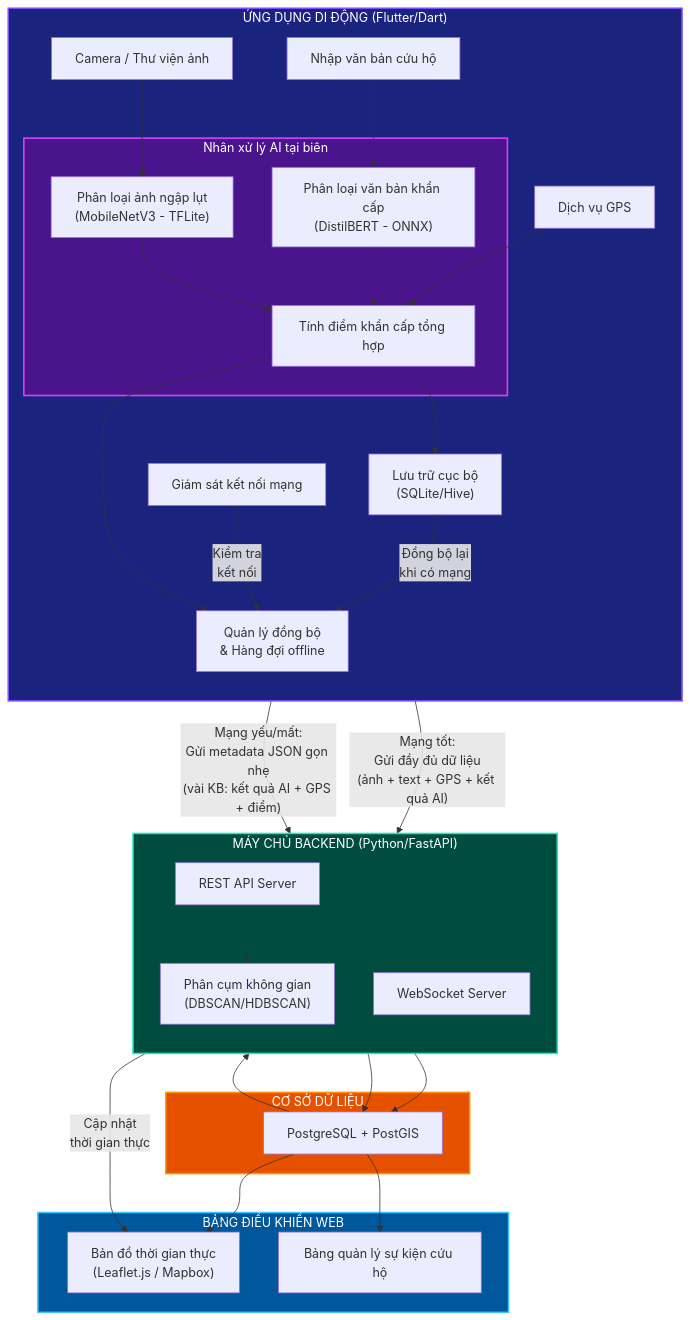
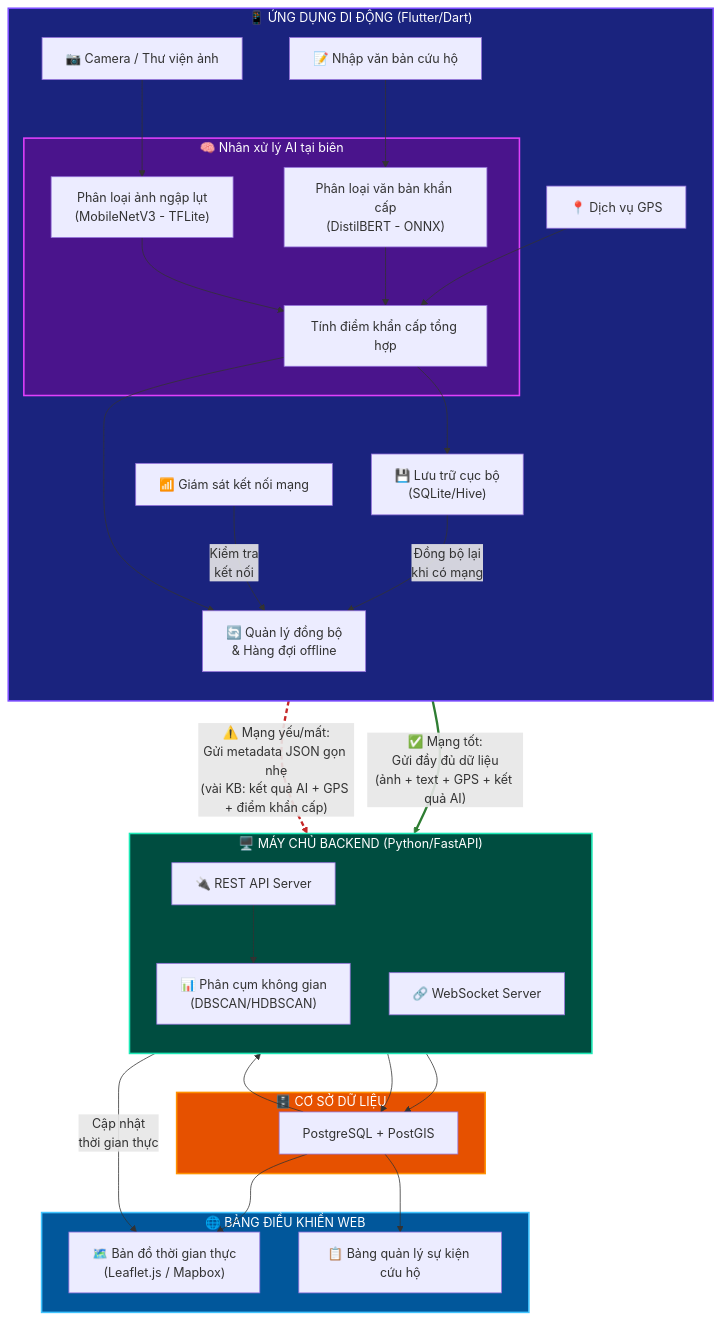
Before and after one commit to ngthtrong/nckh2: the diagram in diagrams/diagram1_system_architecture.mmd, drawn with Mermaid. The commit also changed 11 other files, not shown here.

First line of the commit message:
Refactor progress report and enhance documentation; add system architecture and mobile architecture diagrams

```diff
--- a/diagrams/diagram1_system_architecture.mmd
+++ b/diagrams/diagram1_system_architecture.mmd
@@ -1,63 +1,65 @@
 graph TB
-    subgraph MOBILE["ỨNG DỤNG DI ĐỘNG (Flutter/Dart)"]
+    subgraph MOBILE["📱 ỨNG DỤNG DI ĐỘNG (Flutter/Dart)"]
         direction TB
-        CAM["Camera / Thư viện ảnh"]
-        TXT["Nhập văn bản cứu hộ"]
-        GPS["Dịch vụ GPS"]
+        CAM["📷 Camera / Thư viện ảnh"]
+        TXT["📝 Nhập văn bản cứu hộ"]
+        GPS["📍 Dịch vụ GPS"]
         
-        subgraph AI_ENGINE["Nhân xử lý AI tại biên"]
+        subgraph AI_ENGINE["🧠 Nhân xử lý AI tại biên"]
             IMG_AI["Phân loại ảnh ngập lụt<br/>(MobileNetV3 - TFLite)"]
             TXT_AI["Phân loại văn bản khẩn cấp<br/>(DistilBERT - ONNX)"]
             SCORE["Tính điểm khẩn cấp tổng hợp"]
         end
         
-        LOCAL_DB["Lưu trữ cục bộ<br/>(SQLite/Hive)"]
-        SYNC["Quản lý đồng bộ<br/>& Hàng đợi offline"]
-        NET_MON["Giám sát kết nối mạng"]
+        LOCAL_DB["💾 Lưu trữ cục bộ<br/>(SQLite/Hive)"]
+        SYNC["🔄 Quản lý đồng bộ<br/>& Hàng đợi offline"]
+        NET_MON["📶 Giám sát kết nối mạng"]
     end
 
-    subgraph SERVER["MÁY CHỦ BACKEND (Python/FastAPI)"]
+    subgraph SERVER["🖥️ MÁY CHỦ BACKEND (Python/FastAPI)"]
         direction TB
-        API["REST API Server"]
-        WS["WebSocket Server"]
-        CLUSTER["Phân cụm không gian<br/>(DBSCAN/HDBSCAN)"]
+        API["🔌 REST API Server"]
+        WS["🔗 WebSocket Server"]
+        CLUSTER["📊 Phân cụm không gian<br/>(DBSCAN/HDBSCAN)"]
     end
 
-    subgraph DATABASE["CƠ SỞ DỮ LIỆU"]
+    subgraph DATABASE["🗄️ CƠ SỞ DỮ LIỆU"]
         PG["PostgreSQL + PostGIS"]
     end
 
-    subgraph DASHBOARD["BẢNG ĐIỀU KHIỂN WEB"]
-        MAP["Bản đồ thời gian thực<br/>(Leaflet.js / Mapbox)"]
-        PANEL["Bảng quản lý sự kiện cứu hộ"]
+    subgraph DASHBOARD["🌐 BẢNG ĐIỀU KHIỂN WEB"]
+        MAP["🗺️ Bản đồ thời gian thực<br/>(Leaflet.js / Mapbox)"]
+        PANEL["📋 Bảng quản lý sự kiện cứu hộ"]
     end
 
     CAM --> IMG_AI
     TXT --> TXT_AI
     IMG_AI --> SCORE
     TXT_AI --> SCORE
     GPS --> SCORE
     SCORE --> SYNC
     SCORE --> LOCAL_DB
 
     NET_MON -->|"Kiểm tra<br/>kết nối"| SYNC
 
-    SYNC -->|"Mạng tốt:<br/>Gửi đầy đủ dữ liệu<br/>(ảnh + text + GPS + kết quả AI)"| API
-    SYNC -->|"Mạng yếu/mất:<br/>Gửi metadata JSON gọn nhẹ<br/>(vài KB: kết quả AI + GPS + điểm)"| API
+    SYNC -->|"✅ Mạng tốt:<br/>Gửi đầy đủ dữ liệu<br/>(ảnh + text + GPS + kết quả AI)"| API
+    SYNC -->|"⚠️ Mạng yếu/mất:<br/>Gửi metadata JSON gọn nhẹ<br/>(vài KB: kết quả AI + GPS + điểm khẩn cấp)"| API
 
     LOCAL_DB -->|"Đồng bộ lại<br/>khi có mạng"| SYNC
 
     API --> CLUSTER
     API --> PG
     CLUSTER --> PG
     
     WS -->|"Cập nhật<br/>thời gian thực"| MAP
     PG --> WS
     PG --> MAP
     PG --> PANEL
 
     style MOBILE fill:#1a237e,stroke:#7c4dff,color:#fff,stroke-width:2px
     style AI_ENGINE fill:#4a148c,stroke:#e040fb,color:#fff,stroke-width:2px
     style SERVER fill:#004d40,stroke:#1de9b6,color:#fff,stroke-width:2px
     style DATABASE fill:#e65100,stroke:#ff9100,color:#fff,stroke-width:2px
     style DASHBOARD fill:#01579b,stroke:#40c4ff,color:#fff,stroke-width:2px
+    linkStyle 8 stroke:#2e7d32,stroke-width:3px
+    linkStyle 9 stroke:#c62828,stroke-width:3px,stroke-dasharray: 6 4
```
